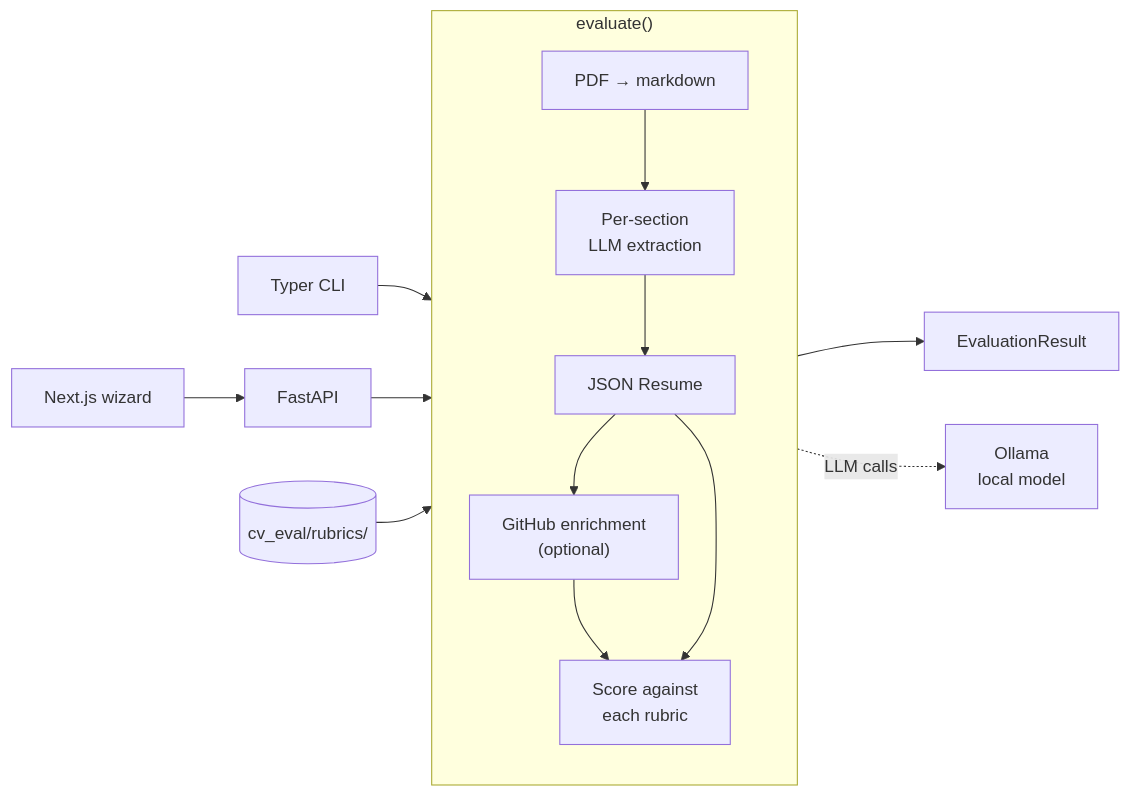
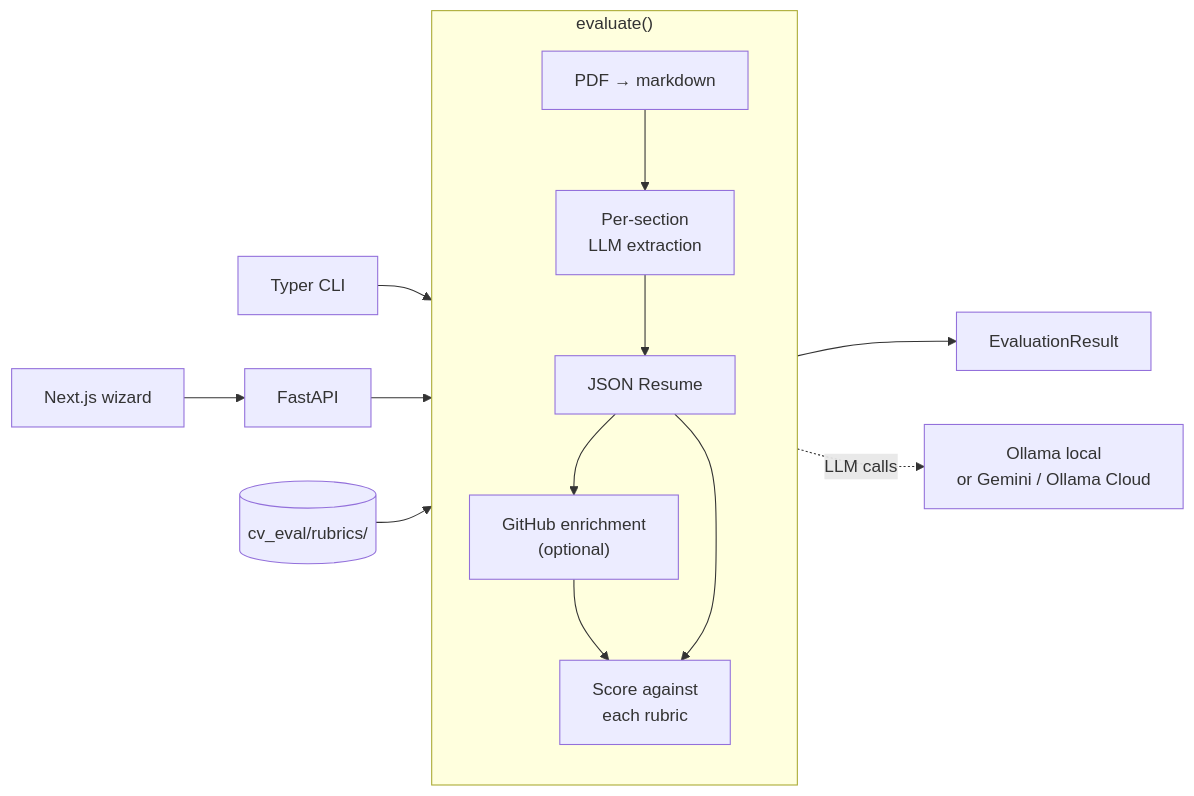
One commit to taltara/HackerAgentRank changed the diagram in README.md. Above: the diagram before and after it, drawn with Mermaid. The commit also changed other lines of this file and 33 other files, not shown here.

First line of the commit message:
feat: add per-run Gemini and Ollama Cloud keys on step 03

````diff
--- a/README.md
+++ b/README.md
@@ -147,19 +151,19 @@
 ```mermaid
 flowchart LR
     UI["Next.js wizard"] --> API["FastAPI"]
     CLI["Typer CLI"] --> PIPE
     API --> PIPE
 
     subgraph PIPE["evaluate()"]
         direction TB
         A["PDF → markdown"] --> B["Per-section<br/>LLM extraction"]
         B --> C["JSON Resume"]
         C --> D["GitHub enrichment<br/>(optional)"]
         D --> E["Score against<br/>each rubric"]
         C --> E
     end
 
     R[("cv_eval/rubrics/")] --> PIPE
     PIPE --> OUT["EvaluationResult"]
-    PIPE -.->|"LLM calls"| OL["Ollama<br/>local model"]
+    PIPE -.->|"LLM calls"| OL["Ollama local<br/>or Gemini / Ollama Cloud"]
 ```
````
